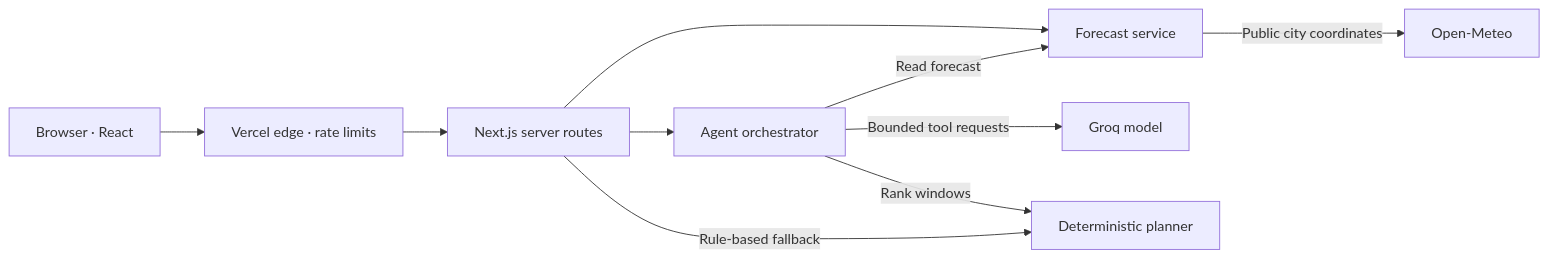
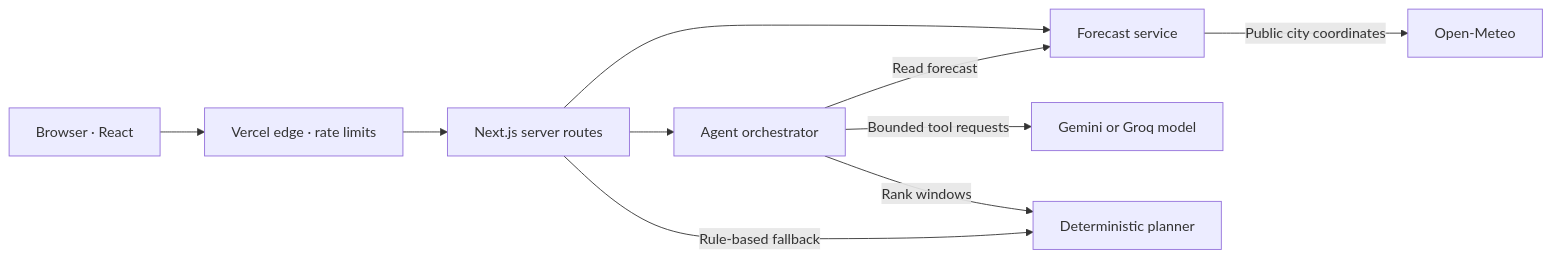
One commit to osanas/weather-use-case changed the diagram in README.md. Above: the diagram before and after it, drawn with Mermaid. The commit also changed other lines of this file and 16 other files, not shown here.

````diff
--- a/README.md
+++ b/README.md
@@ -23,12 +23,12 @@
 ```mermaid
 flowchart LR
     B["Browser · React"] --> E["Vercel edge · rate limits"]
     E --> A["Next.js server routes"]
     A --> W["Forecast service"]
     A --> O["Agent orchestrator"]
-    O -->|"Bounded tool requests"| G["Groq model"]
+    O -->|"Bounded tool requests"| G["Gemini or Groq model"]
     O -->|"Read forecast"| W
     O -->|"Rank windows"| P["Deterministic planner"]
     W -->|"Public city coordinates"| M["Open-Meteo"]
     A -->|"Rule-based fallback"| P
 ```
````
